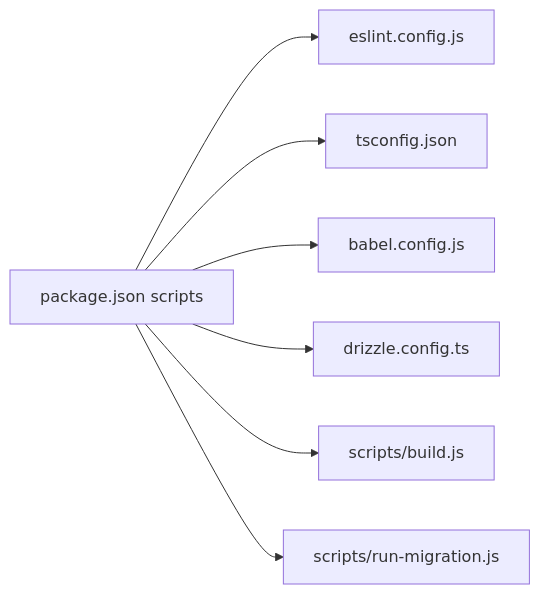
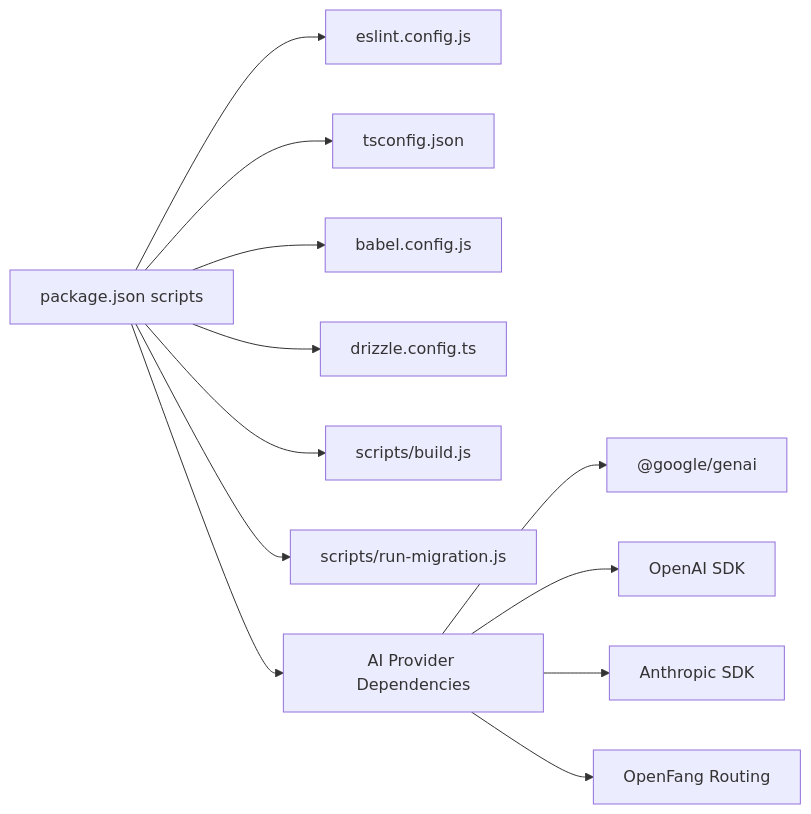
Before and after one commit to hunglevi87/Hidden-Gem: the ninth of 9 diagrams in .qoder/repowiki/en/content/Frontend Application/Development Workflow.md, drawn with Mermaid. The commit also changed other lines of this file and 5 other files, not shown here.

First line of the commit message:
feat(ai-provider): add OpenFang provider with multi-model routing

````diff
--- a/.qoder/repowiki/en/content/Frontend Application/Development Workflow.md
+++ b/.qoder/repowiki/en/content/Frontend Application/Development Workflow.md
@@ -467,9 +622,14 @@
 ```mermaid
 graph LR
 Pkg["package.json scripts"] --> ESL["eslint.config.js"]
 Pkg --> TS["tsconfig.json"]
 Pkg --> Babel["babel.config.js"]
 Pkg --> Driz["drizzle.config.ts"]
 Pkg --> Build["scripts/build.js"]
 Pkg --> Mig["scripts/run-migration.js"]
+Pkg --> AI["AI Provider Dependencies"]
+AI --> Gemini["@google/genai"]
+AI --> OpenAI["OpenAI SDK"]
+AI --> Anthropic["Anthropic SDK"]
+AI --> OpenFang["OpenFang Routing"]
 ```
````
